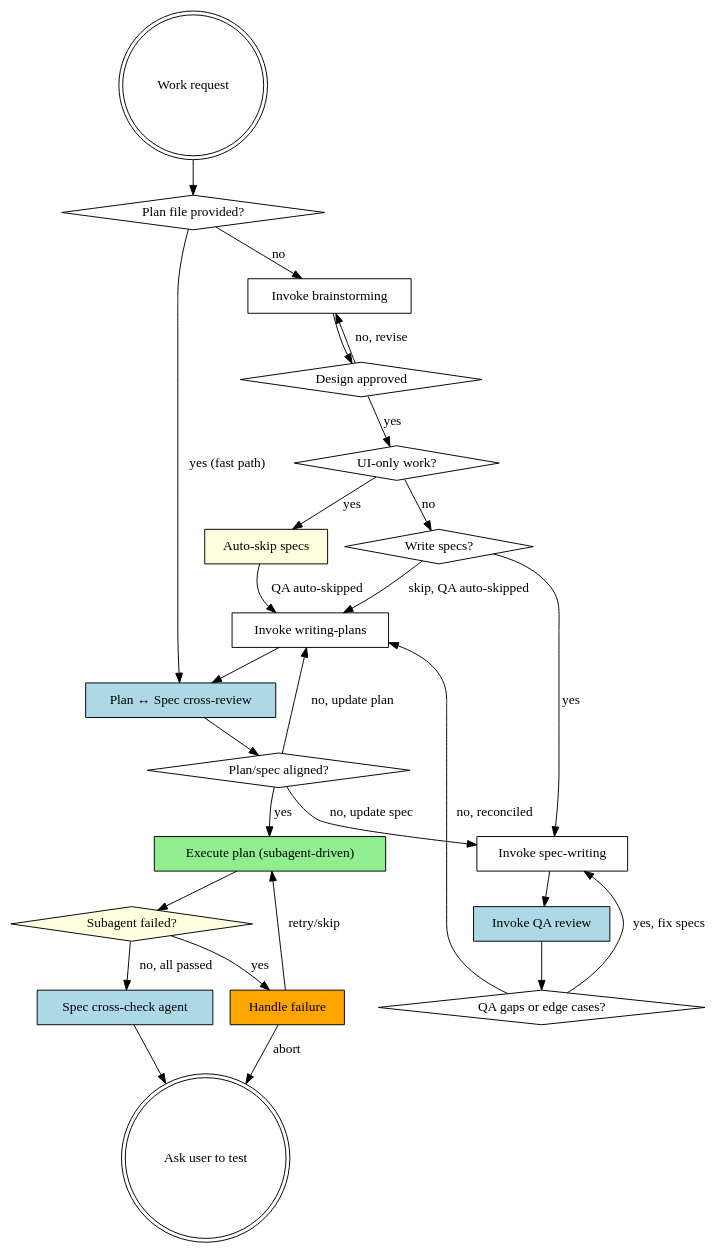
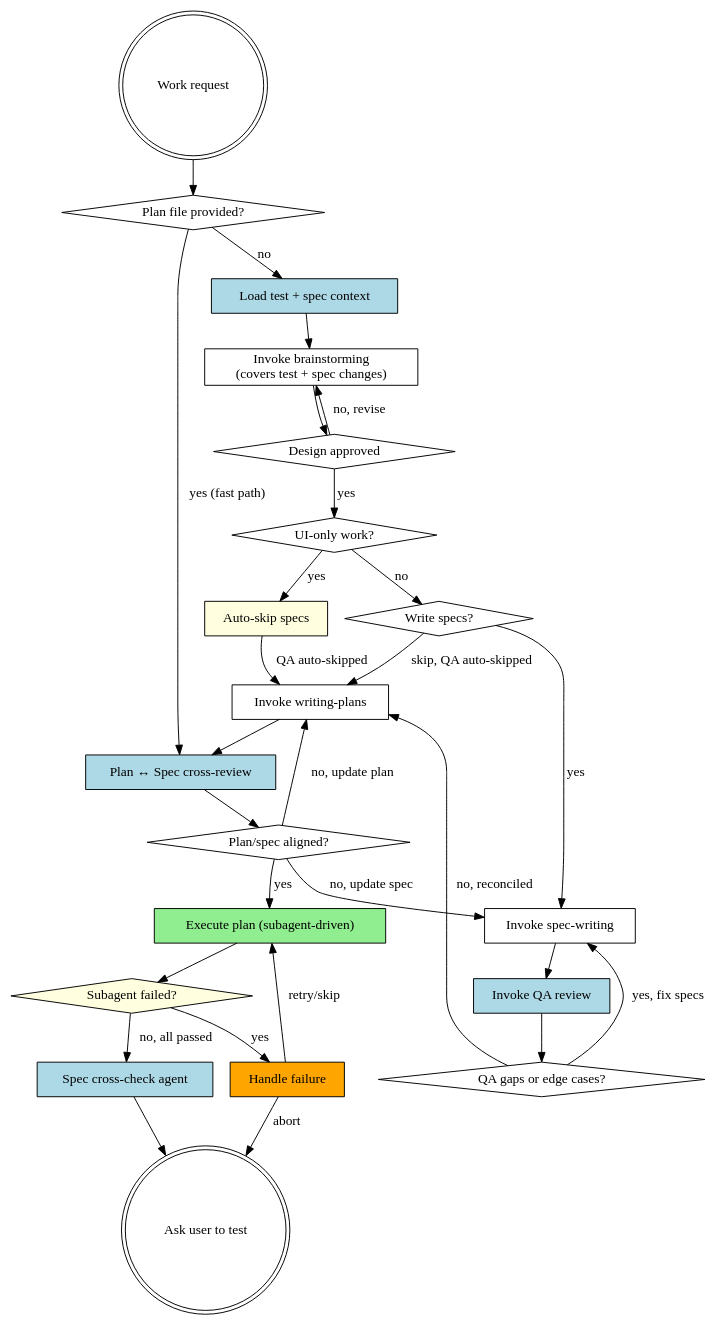
One commit to pandaworks-software-plt/pandahrms-skills changed the diagram in skills/forge/SKILL.md. Above: the diagram before and after it, drawn with Graphviz. The commit also changed other lines of this file and 1 other file, not shown here.

First line of the commit message:
feat(forge): require test + spec context before brainstorm (TDD + SDD)

````diff
--- a/skills/forge/SKILL.md
+++ b/skills/forge/SKILL.md
@@ -115,49 +128,51 @@
 ```dot
 digraph pipeline {
     "Work request" [shape=doublecircle];
     "Plan file provided?" [shape=diamond];
-    "Invoke brainstorming" [shape=box];
+    "Load test + spec context" [shape=box, style=filled, fillcolor=lightblue];
+    "Invoke brainstorming\n(covers test + spec changes)" [shape=box];
     "Design approved" [shape=diamond];
     "UI-only work?" [shape=diamond];
     "Auto-skip specs" [shape=box, style=filled, fillcolor=lightyellow];
     "Write specs?" [shape=diamond];
     "Invoke spec-writing" [shape=box];
     "Invoke QA review" [shape=box, style=filled, fillcolor=lightblue];
     "QA gaps or edge cases?" [shape=diamond];
     "Invoke writing-plans" [shape=box];
     "Plan ↔ Spec cross-review" [shape=box, style=filled, fillcolor=lightblue];
     "Plan/spec aligned?" [shape=diamond];
     "Execute plan (subagent-driven)" [shape=box, style=filled, fillcolor=lightgreen];
     "Subagent failed?" [shape=diamond, style=filled, fillcolor=lightyellow];
     "Handle failure" [shape=box, style=filled, fillcolor=orange];
     "Spec cross-check agent" [shape=box, style=filled, fillcolor=lightblue];
     "Ask user to test" [shape=doublecircle];
 
     "Work request" -> "Plan file provided?";
     "Plan file provided?" -> "Plan ↔ Spec cross-review" [label="yes (fast path)"];
-    "Plan file provided?" -> "Invoke brainstorming" [label="no"];
-    "Invoke brainstorming" -> "Design approved";
-    "Design approved" -> "Invoke brainstorming" [label="no, revise"];
+    "Plan file provided?" -> "Load test + spec context" [label="no"];
+    "Load test + spec context" -> "Invoke brainstorming\n(covers test + spec changes)";
+    "Invoke brainstorming\n(covers test + spec changes)" -> "Design approved";
+    "Design approved" -> "Invoke brainstorming\n(covers test + spec changes)" [label="no, revise"];
     "Design approved" -> "UI-only work?" [label="yes"];
     "UI-only work?" -> "Auto-skip specs" [label="yes"];
     "Auto-skip specs" -> "Invoke writing-plans" [label="QA auto-skipped"];
     "UI-only work?" -> "Write specs?" [label="no"];
     "Write specs?" -> "Invoke spec-writing" [label="yes"];
     "Write specs?" -> "Invoke writing-plans" [label="skip, QA auto-skipped"];
     "Invoke spec-writing" -> "Invoke QA review";
     "Invoke QA review" -> "QA gaps or edge cases?";
     "QA gaps or edge cases?" -> "Invoke spec-writing" [label="yes, fix specs"];
     "QA gaps or edge cases?" -> "Invoke writing-plans" [label="no, reconciled"];
     "Invoke writing-plans" -> "Plan ↔ Spec cross-review";
     "Plan ↔ Spec cross-review" -> "Plan/spec aligned?";
     "Plan/spec aligned?" -> "Invoke writing-plans" [label="no, update plan"];
     "Plan/spec aligned?" -> "Invoke spec-writing" [label="no, update spec"];
     "Plan/spec aligned?" -> "Execute plan (subagent-driven)" [label="yes"];
     "Execute plan (subagent-driven)" -> "Subagent failed?";
     "Subagent failed?" -> "Handle failure" [label="yes"];
     "Handle failure" -> "Execute plan (subagent-driven)" [label="retry/skip"];
     "Handle failure" -> "Ask user to test" [label="abort"];
     "Subagent failed?" -> "Spec cross-check agent" [label="no, all passed"];
     "Spec cross-check agent" -> "Ask user to test";
 }
 ```
````
